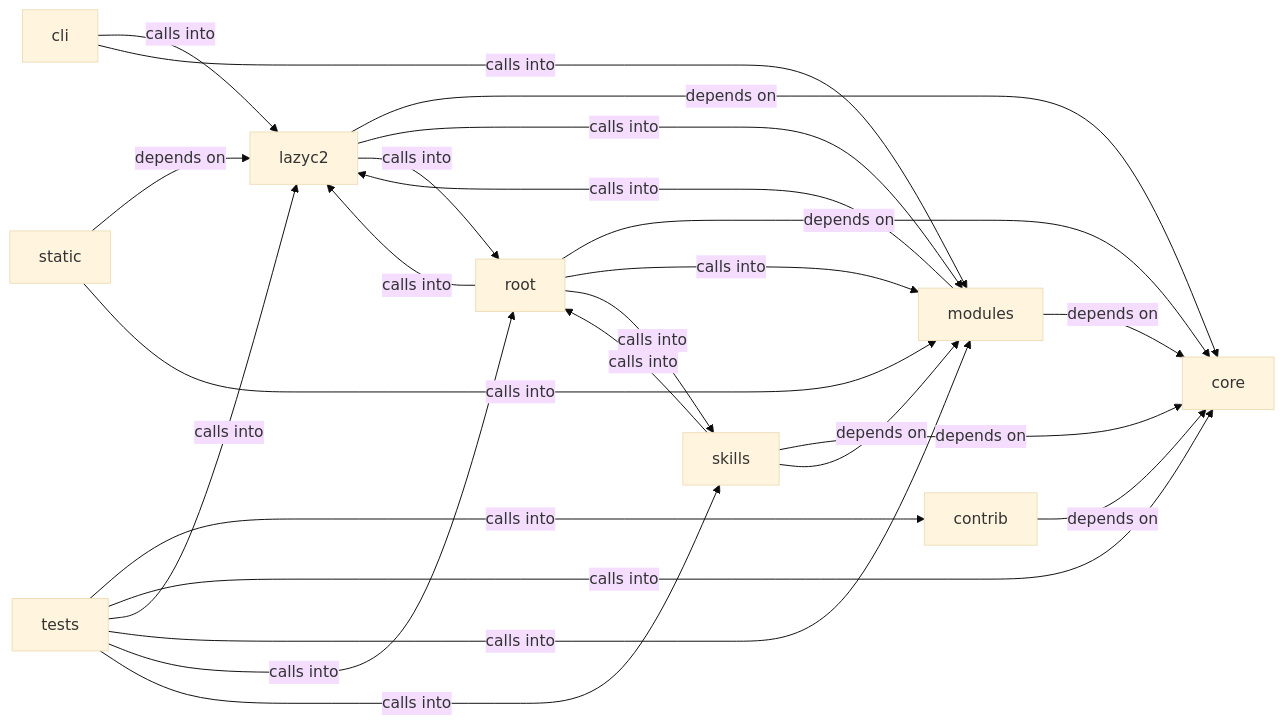
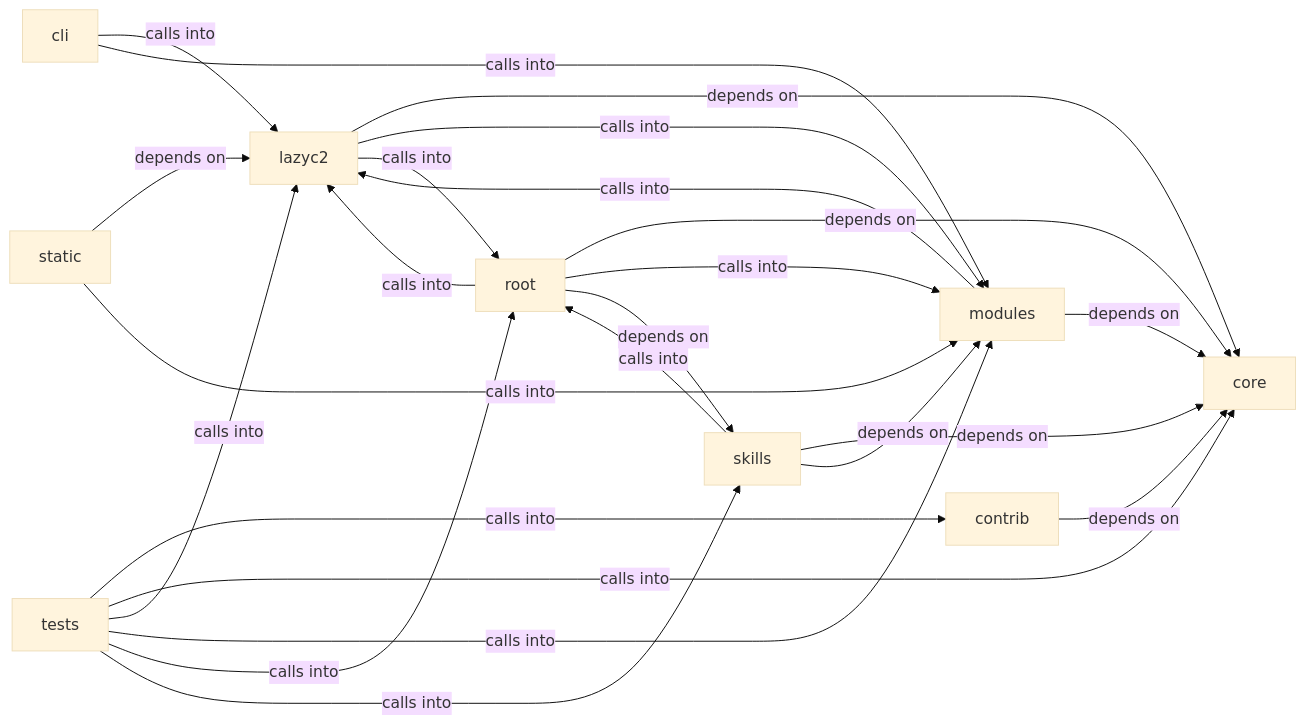
The diagram in readmenator-diagrams/modules_lazyc2.md (grisuno/LazyOwn), drawn with Mermaid (base theme) before and after one commit. The commit also changed other lines of this file and 422 other files, not shown here.

````diff
--- a/readmenator-diagrams/modules_lazyc2.md
+++ b/readmenator-diagrams/modules_lazyc2.md
@@ -5,35 +5,35 @@
 ```mermaid
 graph LR
     cli["cli"]
     contrib["contrib"]
     core["core"]
     lazyc2["lazyc2"]
     modules["modules"]
     root["root"]
     skills["skills"]
     static["static"]
     tests["tests"]
     cli -- "calls into" --> lazyc2
     cli -- "calls into" --> modules
     contrib -- "depends on" --> core
     lazyc2 -- "depends on" --> core
     lazyc2 -- "calls into" --> modules
     lazyc2 -- "calls into" --> root
     modules -- "depends on" --> core
     modules -- "calls into" --> lazyc2
     root -- "depends on" --> core
     root -- "calls into" --> lazyc2
     root -- "calls into" --> modules
-    root -- "calls into" --> skills
+    root -- "depends on" --> skills
     skills -- "depends on" --> core
     skills -- "depends on" --> modules
     skills -- "calls into" --> root
     static -- "depends on" --> lazyc2
     static -- "calls into" --> modules
     tests -- "calls into" --> contrib
     tests -- "calls into" --> core
     tests -- "calls into" --> lazyc2
     tests -- "calls into" --> modules
     tests -- "calls into" --> root
     tests -- "calls into" --> skills
 ```
````
